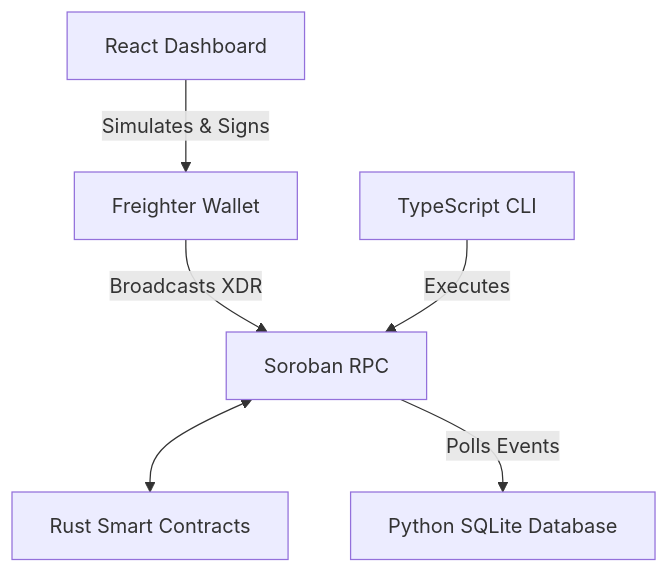
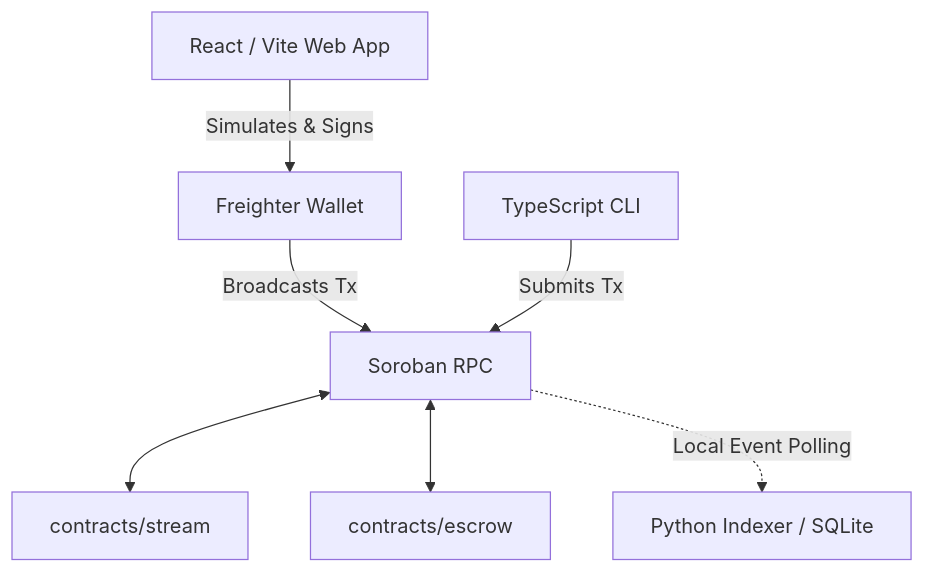
Before and after one commit to Space-Stellar/Orbitstream: the diagram in README.md, drawn with Mermaid. The commit also changed other lines of this file, not shown here.

````diff
--- a/README.md
+++ b/README.md
@@ -12,8 +32,9 @@
 ```mermaid
 graph TD;
-  Frontend[React Dashboard] -->|Simulates & Signs| Freighter[Freighter Wallet];
-  Freighter -->|Broadcasts XDR| RPC[Soroban RPC];
-  CLI[TypeScript CLI] -->|Executes| RPC;
-  RPC <--> Contracts[Rust Smart Contracts];
-  RPC -->|Polls Events| Indexer[Python SQLite Database];
+  Web[React / Vite Web App] -->|Simulates & Signs| Wallet[Freighter Wallet];
+  Wallet -->|Broadcasts Tx| RPC[Soroban RPC];
+  CLI[TypeScript CLI] -->|Submits Tx| RPC;
+  RPC <--> StreamContract[contracts/stream];
+  RPC <--> EscrowContract[contracts/escrow];
+  RPC -.->|Local Event Polling| Indexer[Python Indexer / SQLite];
 ```
````
